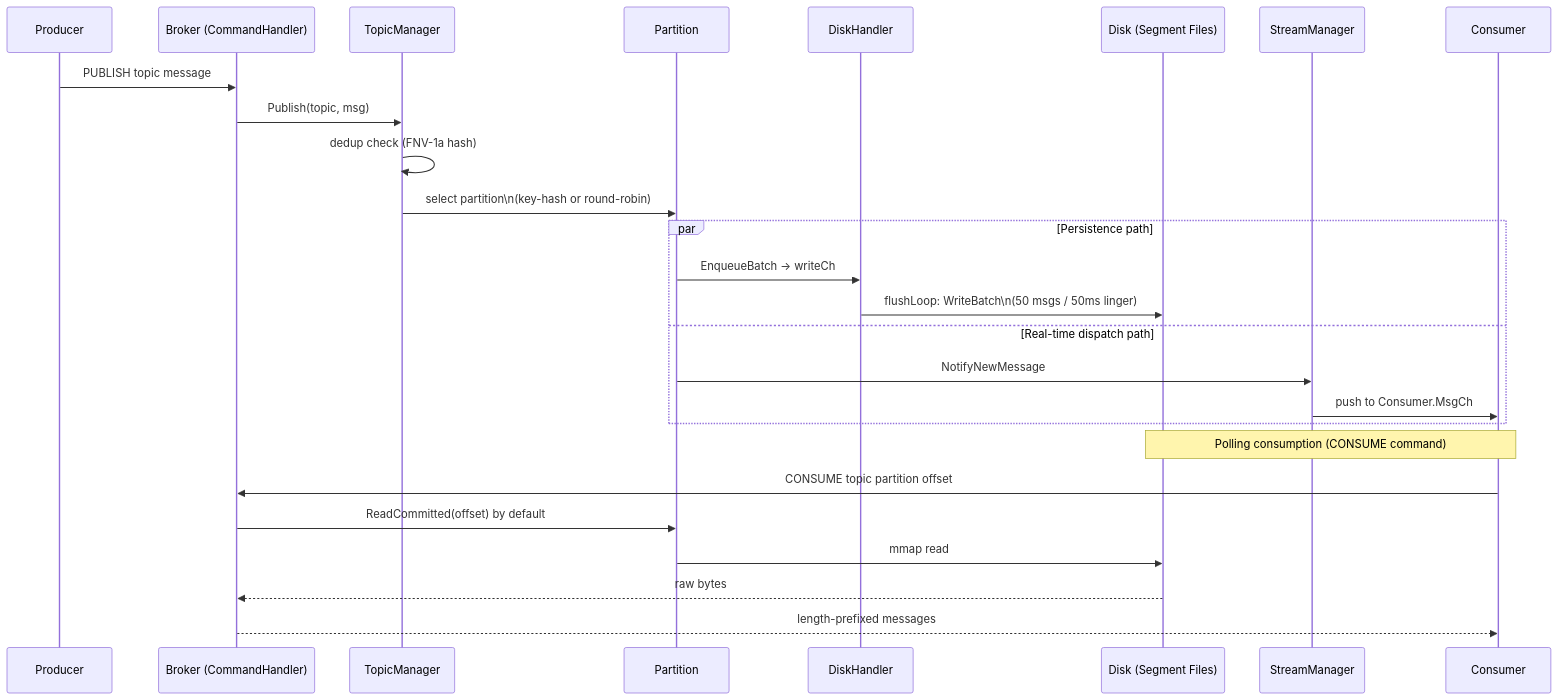
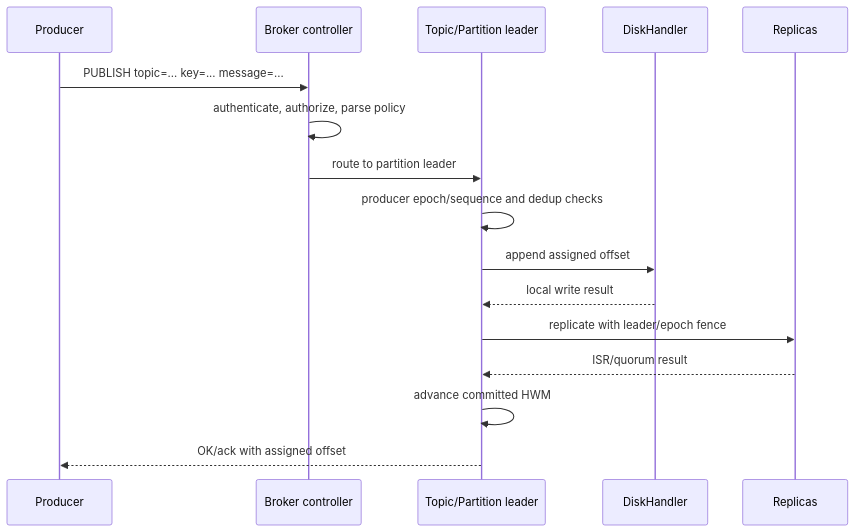
Before and after one commit to cursus-io/cursus: the first of 3 diagrams in docs/core/message-flow.md, drawn with Mermaid. The commit also changed other lines of this file and 58 other files, not shown here.

````diff
--- a/docs/core/message-flow.md
+++ b/docs/core/message-flow.md
@@ -7,31 +7,19 @@
 ```mermaid
 sequenceDiagram
-    participant PROD as Producer
-    participant BROKER as Broker (CommandHandler)
-    participant TM as TopicManager
-    participant PART as Partition
-    participant DH as DiskHandler
-    participant DISK as Disk (Segment Files)
-    participant SM as StreamManager
-    participant CONS as Consumer
+    participant C as Producer
+    participant B as Broker controller
+    participant T as Topic/Partition leader
+    participant D as DiskHandler
+    participant R as Replicas
 
-    PROD->>BROKER: PUBLISH topic message
-    BROKER->>TM: Publish(topic, msg)
-    TM->>TM: dedup check (FNV-1a hash)
-    TM->>PART: select partition\n(key-hash or round-robin)
-
-    par Persistence path
-        PART->>DH: EnqueueBatch → writeCh
-        DH->>DISK: flushLoop: WriteBatch\n(50 msgs / 50ms linger)
-    and Real-time dispatch path
-        PART->>SM: NotifyNewMessage
-        SM->>CONS: push to Consumer.MsgCh
-    end
-
-    Note over CONS,DISK: Polling consumption (CONSUME command)
-    CONS->>BROKER: CONSUME topic partition offset
-    BROKER->>PART: ReadCommitted(offset) by default
-    PART->>DISK: mmap read
-    DISK-->>BROKER: raw bytes
-    BROKER-->>CONS: length-prefixed messages
+    C->>B: PUBLISH topic=... key=... message=...
+    B->>B: authenticate, authorize, parse policy
+    B->>T: route to partition leader
+    T->>T: producer epoch/sequence and dedup checks
+    T->>D: append assigned offset
+    D-->>T: local write result
+    T->>R: replicate with leader/epoch fence
+    R-->>T: ISR/quorum result
+    T->>T: advance committed HWM
+    T-->>C: OK/ack with assigned offset
 ```
````
